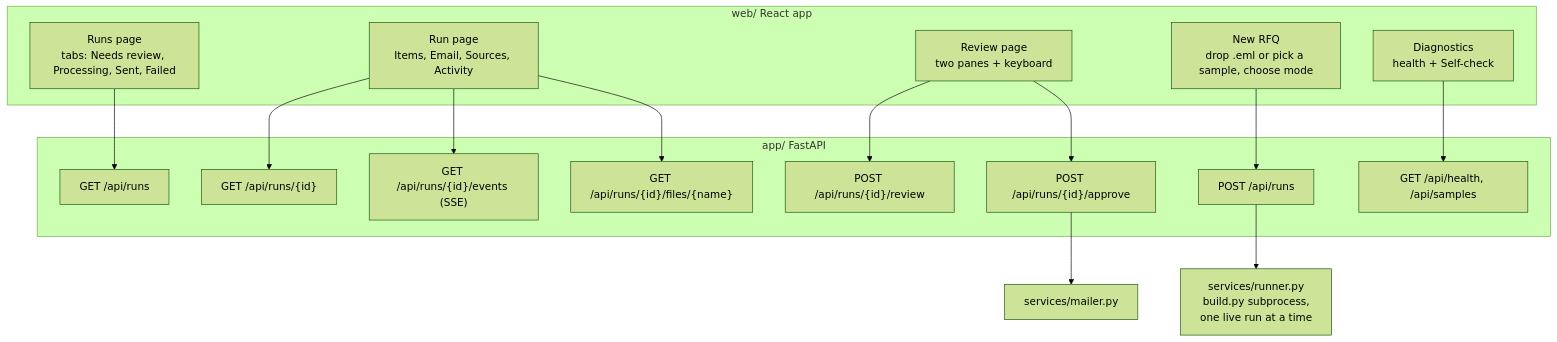
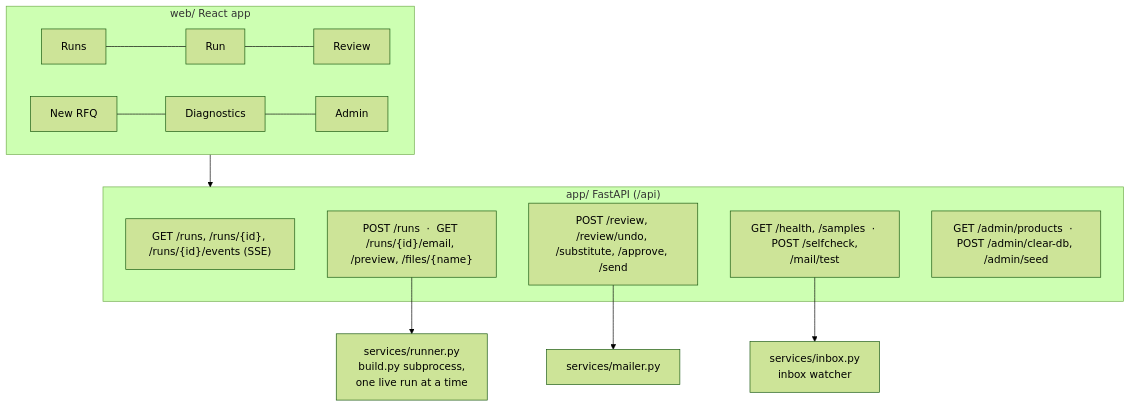
One commit to Prajwaljb/AutoRFQ changed the eighth of 10 diagrams in document.md. Above: the diagram before and after it, drawn with Mermaid (forest theme). The commit also changed other lines of this file and 14 other files, not shown here.

````diff
--- a/document.md
+++ b/document.md
@@ -321,30 +359,18 @@
 ```mermaid
 flowchart TD
     subgraph Web["web/ React app"]
-        RP["Runs page<br/>tabs: Needs review, Processing, Sent, Failed"]
-        RUN["Run page<br/>Items, Email, Sources, Activity"]
-        RV["Review page<br/>two panes + keyboard"]
-        NEW["New RFQ<br/>drop .eml or pick a sample, choose mode"]
-        DG["Diagnostics<br/>health + Self-check"]
+        RP["Runs"] --- RUN["Run"] --- RV["Review"]
+        NEW["New RFQ"] --- DG["Diagnostics"] --- AD["Admin"]
     end
-    subgraph API["app/ FastAPI"]
-        E1["GET /api/runs"]
-        E2["GET /api/runs/{id}"]
-        E3["GET /api/runs/{id}/events (SSE)"]
-        E4["POST /api/runs"]
-        E5["POST /api/runs/{id}/review"]
-        E6["POST /api/runs/{id}/approve"]
-        E7["GET /api/runs/{id}/files/{name}"]
-        E8["GET /api/health, /api/samples"]
+    subgraph API["app/ FastAPI (/api)"]
+        E1["GET /runs, /runs/{id}, /runs/{id}/events (SSE)"]
+        E2["POST /runs  ·  GET /runs/{id}/email, /preview, /files/{name}"]
+        E3["POST /review, /review/undo, /substitute, /approve, /send"]
+        E4["GET /health, /samples  ·  POST /selfcheck, /mail/test"]
+        E5["GET /admin/products  ·  POST /admin/clear-db, /admin/seed"]
     end
-    RP --> E1
-    RUN --> E2
-    RUN --> E3
-    RUN --> E7
-    NEW --> E4
-    RV --> E5
-    RV --> E6
-    DG --> E8
-    E4 --> RN["services/runner.py<br/>build.py subprocess,<br/>one live run at a time"]
-    E6 --> ML["services/mailer.py"]
+    Web --> API
+    E2 --> RN["services/runner.py<br/>build.py subprocess,<br/>one live run at a time"]
+    E3 --> ML["services/mailer.py"]
+    E4 --> IB["services/inbox.py<br/>inbox watcher"]
 ```
````
